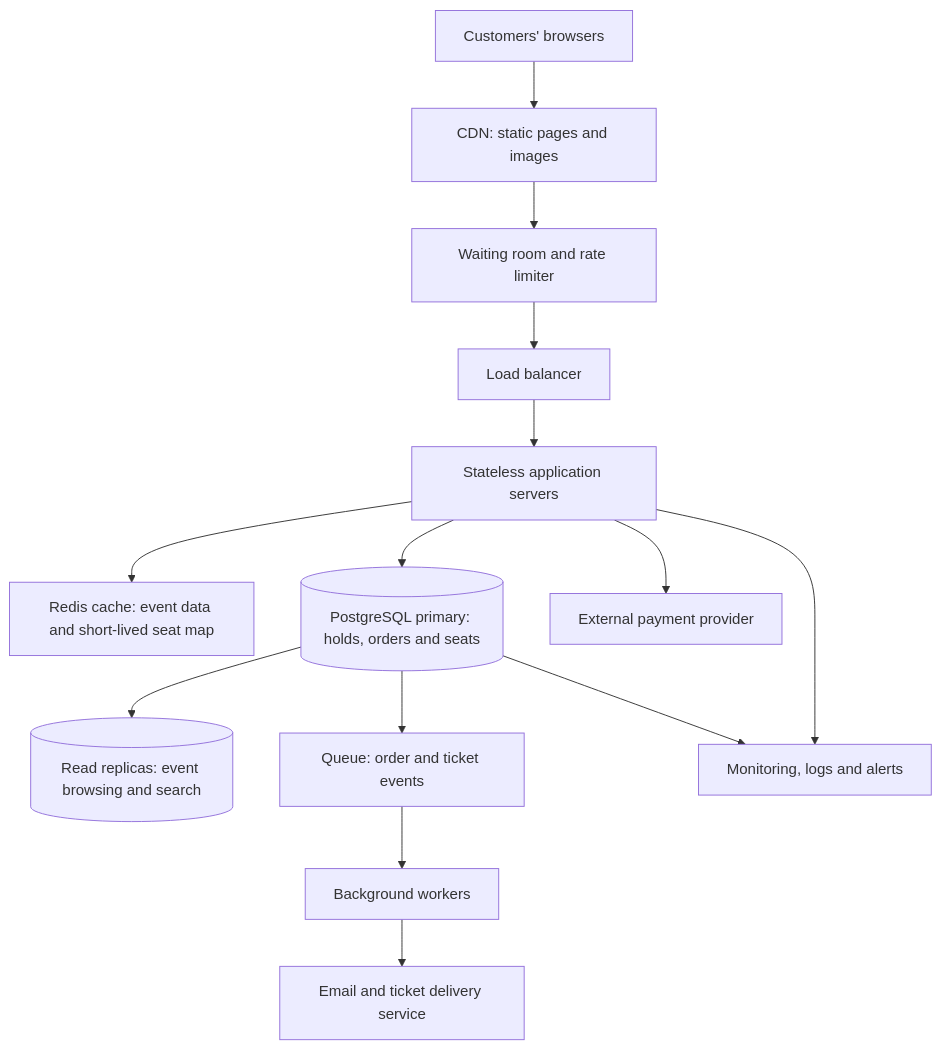
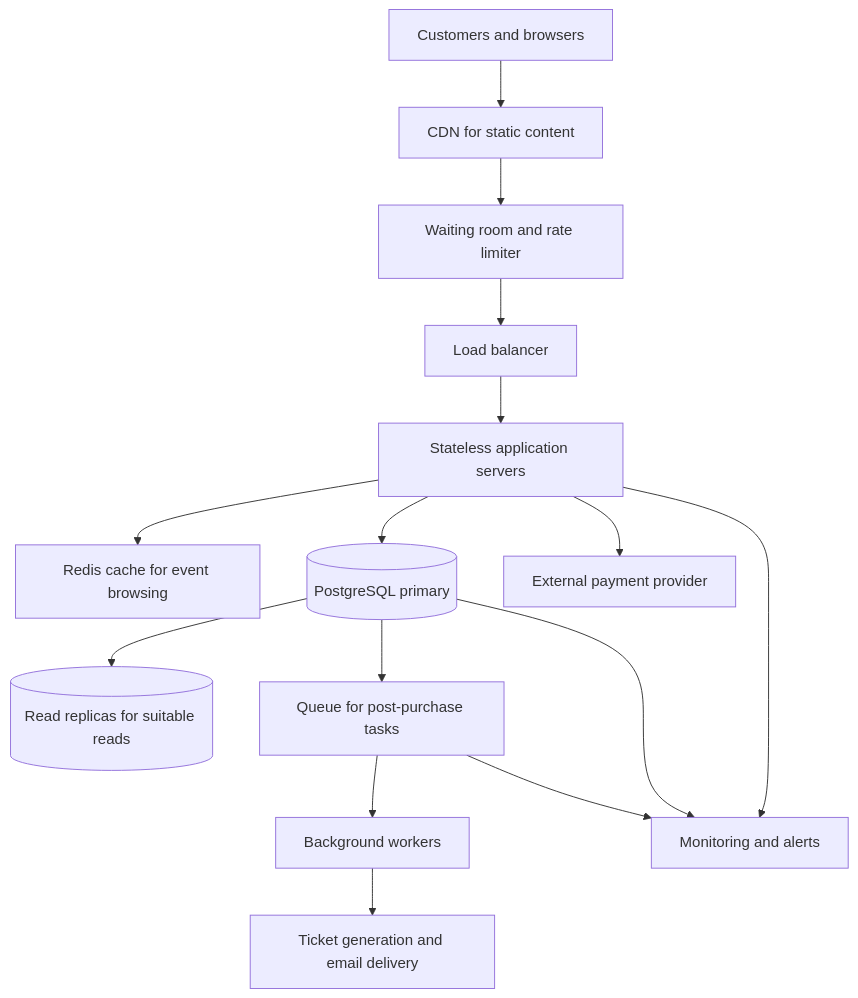
The diagram in day8/ticketing-design.md (Jesse14154/web-foundations-days), drawn with Mermaid before and after one commit. The commit also changed other lines of this file and 1 other file, not shown here.

````diff
--- a/day8/ticketing-design.md
+++ b/day8/ticketing-design.md
@@ -270,19 +346,20 @@
 ```mermaid
 flowchart TD
-    U[Customers' browsers] --> CDN[CDN: static pages and images]
+    U[Customers and browsers] --> CDN[CDN for static content]
     CDN --> W[Waiting room and rate limiter]
     W --> LB[Load balancer]
     LB --> APP[Stateless application servers]
 
-    APP --> CACHE[Redis cache: event data and short-lived seat map]
-    APP --> DB[(PostgreSQL primary: holds, orders and seats)]
+    APP --> CACHE[Redis cache for event browsing]
+    APP --> DB[(PostgreSQL primary)]
     APP --> PAY[External payment provider]
 
-    DB --> REPLICA[(Read replicas: event browsing and search)]
-    DB --> Q[Queue: order and ticket events]
+    DB --> REPLICA[(Read replicas for suitable reads)]
+    DB --> Q[Queue for post-purchase tasks]
     Q --> WORK[Background workers]
-    WORK --> EMAIL[Email and ticket delivery service]
+    WORK --> TICKETS[Ticket generation and email delivery]
 
-    APP --> MON[Monitoring, logs and alerts]
+    APP --> MON[Monitoring and alerts]
     DB --> MON
+    Q --> MON
 ```
````
